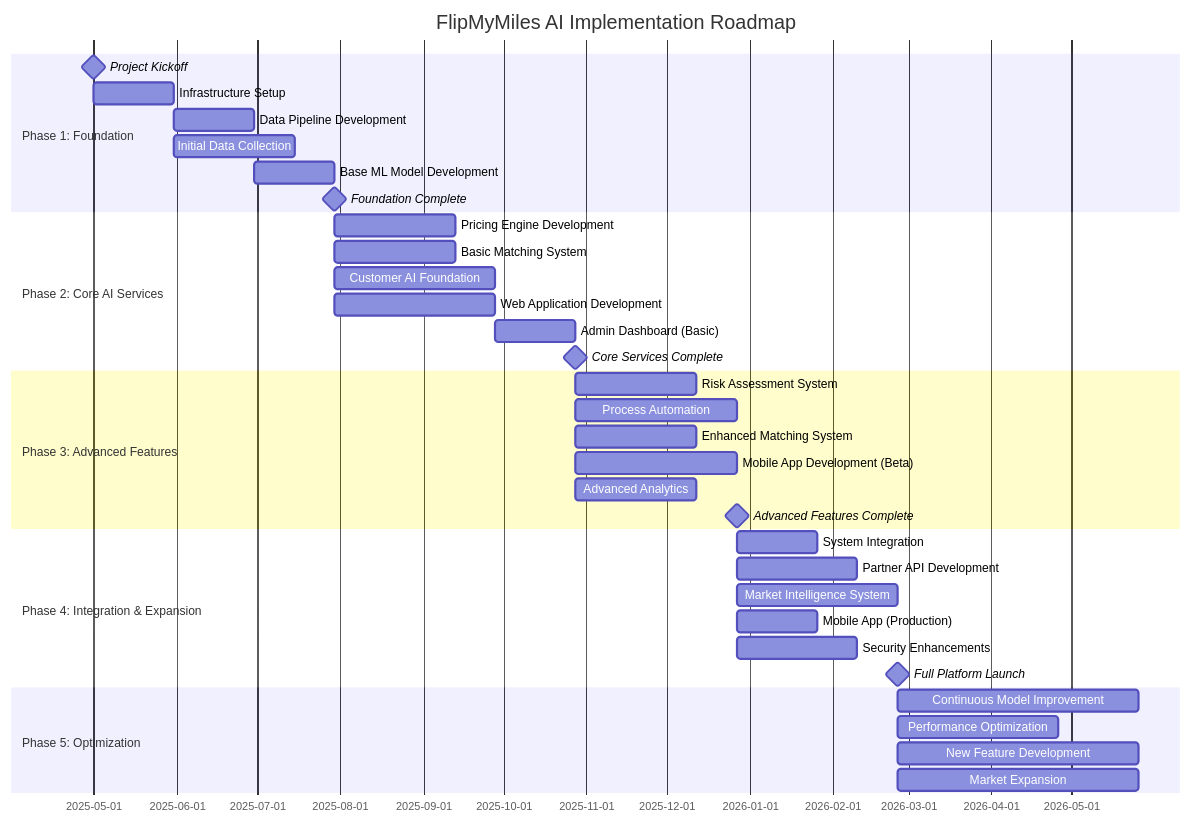
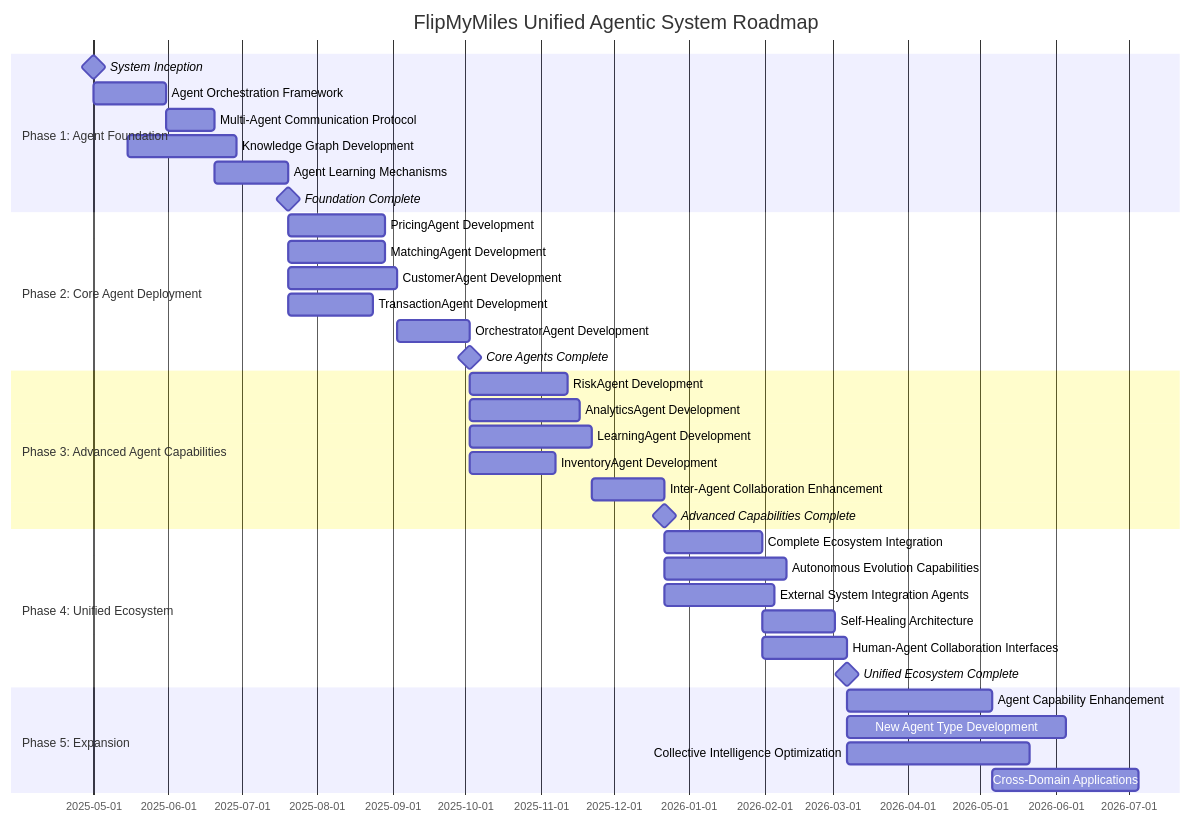
One commit to SquizAI/flipmymiles changed the diagram in docs/implementation-roadmap.md. Above: the diagram before and after it, drawn with Mermaid. The commit also changed other lines of this file and 2 other files, not shown here.

Commit message:
Add comprehensive customer discovery strategy with real examples of high-volume credit card spenders

````diff
--- a/docs/implementation-roadmap.md
+++ b/docs/implementation-roadmap.md
@@ -102,42 +103,42 @@
 ```mermaid
 gantt
-    title FlipMyMiles AI Implementation Roadmap
+    title FlipMyMiles Unified Agentic System Roadmap
     dateFormat  YYYY-MM-DD
-    section Phase 1: Foundation
-    Project Kickoff                      :milestone, m1, 2025-05-01, 0d
-    Infrastructure Setup                 :p1_infra, 2025-05-01, 30d
-    Data Pipeline Development            :p1_data, after p1_infra, 30d
-    Initial Data Collection              :p1_collect, after p1_infra, 45d
-    Base ML Model Development            :p1_ml, after p1_data, 30d
-    Foundation Complete                  :milestone, m2, after p1_ml, 0d
+    section Phase 1: Agent Foundation
+    System Inception                     :milestone, m1, 2025-05-01, 0d
+    Agent Orchestration Framework        :p1_orch, 2025-05-01, 30d
+    Multi-Agent Communication Protocol   :p1_comm, after p1_orch, 20d
+    Knowledge Graph Development          :p1_know, 2025-05-15, 45d
+    Agent Learning Mechanisms            :p1_learn, after p1_comm, 30d
+    Foundation Complete                  :milestone, m2, after p1_learn p1_know, 0d
     
-    section Phase 2: Core AI Services
-    Pricing Engine Development           :p2_price, after m2, 45d
-    Basic Matching System                :p2_match, after m2, 45d
-    Customer AI Foundation               :p2_cust, after m2, 60d
-    Web Application Development          :p2_web, after m2, 60d
-    Admin Dashboard (Basic)              :p2_admin, after p2_web, 30d
-    Core Services Complete               :milestone, m3, after p2_price p2_match p2_cust p2_admin, 0d
+    section Phase 2: Core Agent Deployment
+    PricingAgent Development             :p2_price, after m2, 40d
+    MatchingAgent Development            :p2_match, after m2, 40d
+    CustomerAgent Development            :p2_cust, after m2, 45d
+    TransactionAgent Development         :p2_trans, after m2, 35d
+    OrchestratorAgent Development        :p2_orch, after p2_price p2_match p2_cust p2_trans, 30d
+    Core Agents Complete                 :milestone, m3, after p2_orch, 0d
     
-    section Phase 3: Advanced Features
-    Risk Assessment System               :p3_risk, after m3, 45d
-    Process Automation                   :p3_auto, after m3, 60d
-    Enhanced Matching System             :p3_match, after m3, 45d
-    Mobile App Development (Beta)        :p3_mobile, after m3, 60d
-    Advanced Analytics                   :p3_analytics, after m3, 45d
-    Advanced Features Complete           :milestone, m4, after p3_risk p3_auto p3_match p3_mobile p3_analytics, 0d
+    section Phase 3: Advanced Agent Capabilities
+    RiskAgent Development                :p3_risk, after m3, 40d
+    AnalyticsAgent Development           :p3_analytics, after m3, 45d
+    LearningAgent Development            :p3_learn, after m3, 50d
+    InventoryAgent Development           :p3_inv, after m3, 35d
+    Inter-Agent Collaboration Enhancement :p3_collab, after p3_risk p3_analytics p3_learn p3_inv, 30d
+    Advanced Capabilities Complete       :milestone, m4, after p3_collab, 0d
     
-    section Phase 4: Integration & Expansion
-    System Integration                   :p4_integrate, after m4, 30d
-    Partner API Development              :p4_api, after m4, 45d
-    Market Intelligence System           :p4_market, after m4, 60d
-    Mobile App (Production)              :p4_mobile, after p3_mobile, 30d
-    Security Enhancements                :p4_security, after m4, 45d
-    Full Platform Launch                 :milestone, m5, after p4_integrate p4_api p4_market p4_mobile p4_security, 0d
+    section Phase 4: Unified Ecosystem
+    Complete Ecosystem Integration        :p4_integrate, after m4, 40d
+    Autonomous Evolution Capabilities     :p4_evolve, after m4, 50d
+    External System Integration Agents    :p4_ext, after m4, 45d
+    Self-Healing Architecture            :p4_heal, after p4_integrate, 30d
+    Human-Agent Collaboration Interfaces  :p4_human, after p4_integrate, 35d
+    Unified Ecosystem Complete           :milestone, m5, after p4_evolve p4_ext p4_heal p4_human, 0d
     
-    section Phase 5: Optimization
-    Continuous Model Improvement         :p5_model, after m5, 90d
-    Performance Optimization             :p5_perf, after m5, 60d
-    New Feature Development              :p5_feature, after m5, 90d
-    Market Expansion                     :p5_expand, after m5, 90d
+    section Phase 5: Expansion
+    Agent Capability Enhancement         :p5_enhance, after m5, 60d
+    New Agent Type Development           :p5_new, after m5, 90d
+    Collective Intelligence Optimization :p5_collective, after m5, 75d
+    Cross-Domain Applications            :p5_cross, after p5_enhance, 60d
 ```
````
